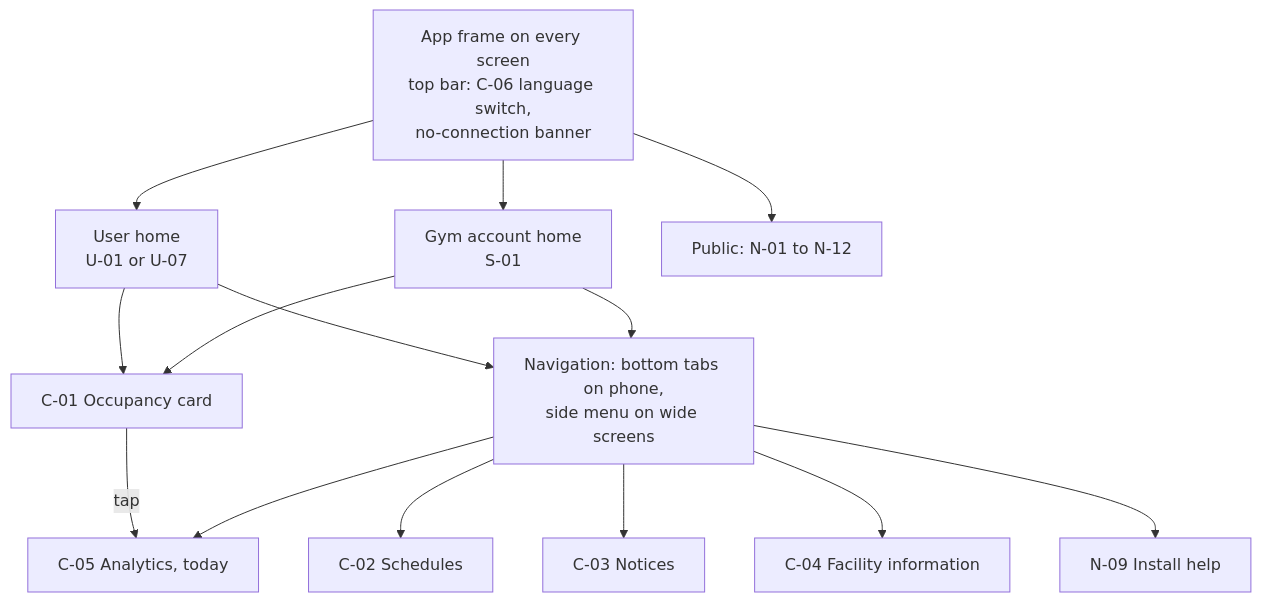
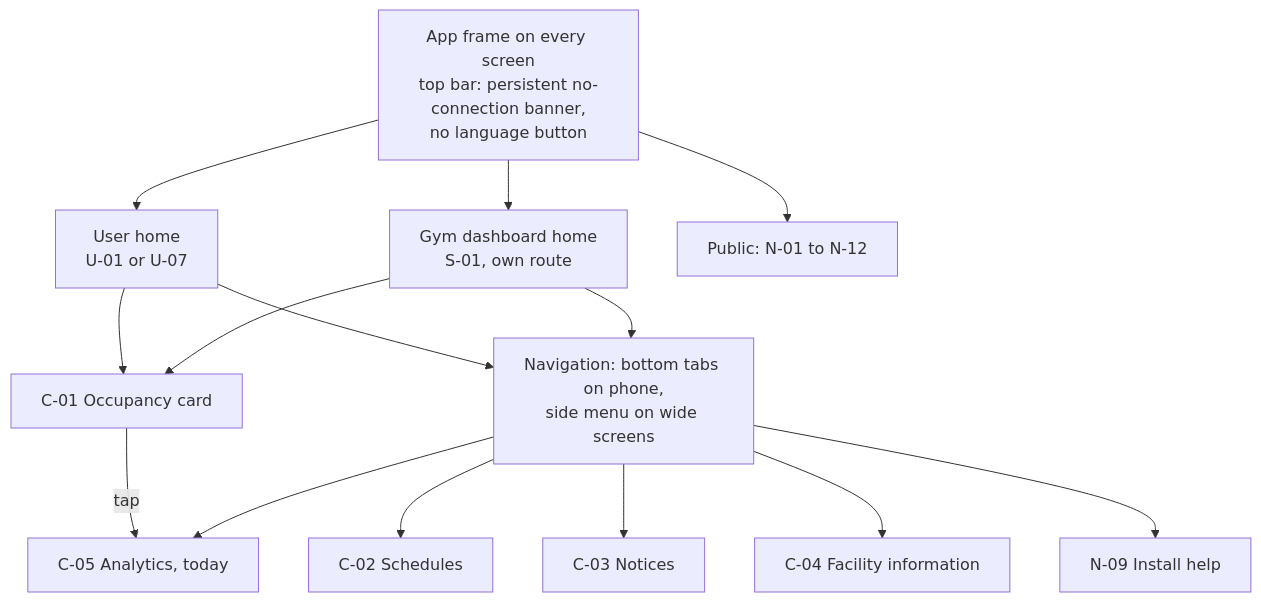
The sixth of 7 diagrams in docs/design/screen-map.md (Th3-Minorities/natatorio-gym-app), drawn with Mermaid before and after one commit. The commit also changed other lines of this file, not shown here.

Commit message:
Apply the design review decisions to the screen map

````diff
--- a/docs/design/screen-map.md
+++ b/docs/design/screen-map.md
@@ -184,17 +196,17 @@
 ```mermaid
 flowchart TD
-  FRAME["App frame on every screen<br/>top bar: C-06 language switch,<br/>no-connection banner"]
+  FRAME["App frame on every screen<br/>top bar: persistent no-connection banner,<br/>no language button"]
   FRAME --> HU["User home<br/>U-01 or U-07"]
-  FRAME --> HS["Gym account home<br/>S-01"]
+  FRAME --> HS["Gym dashboard home<br/>S-01, own route"]
   FRAME --> HP["Public: N-01 to N-12"]
   HU --> C01["C-01 Occupancy card"]
   HS --> C01
   C01 -->|"tap"| C05["C-05 Analytics, today"]
   HU --> NAV["Navigation: bottom tabs on phone,<br/>side menu on wide screens"]
   HS --> NAV
   NAV --> C02["C-02 Schedules"]
   NAV --> C03["C-03 Notices"]
   NAV --> C04["C-04 Facility information"]
   NAV --> C05
   NAV --> N09["N-09 Install help"]
 ```
````
